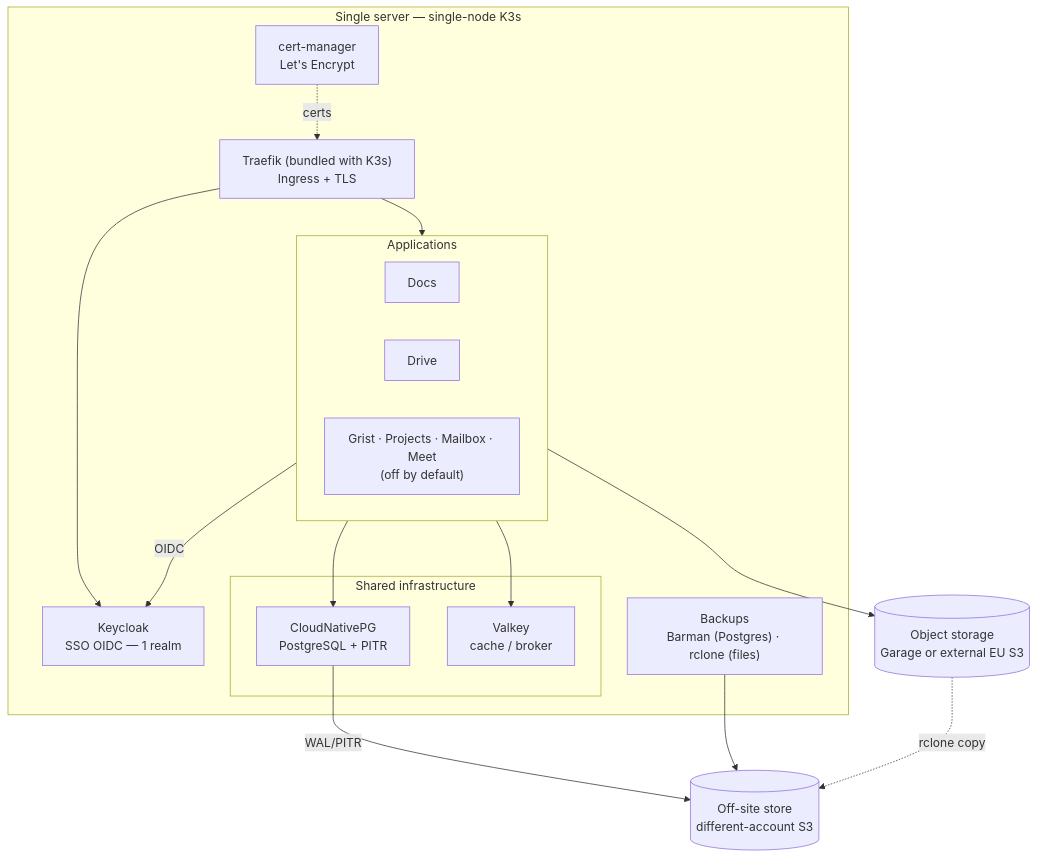
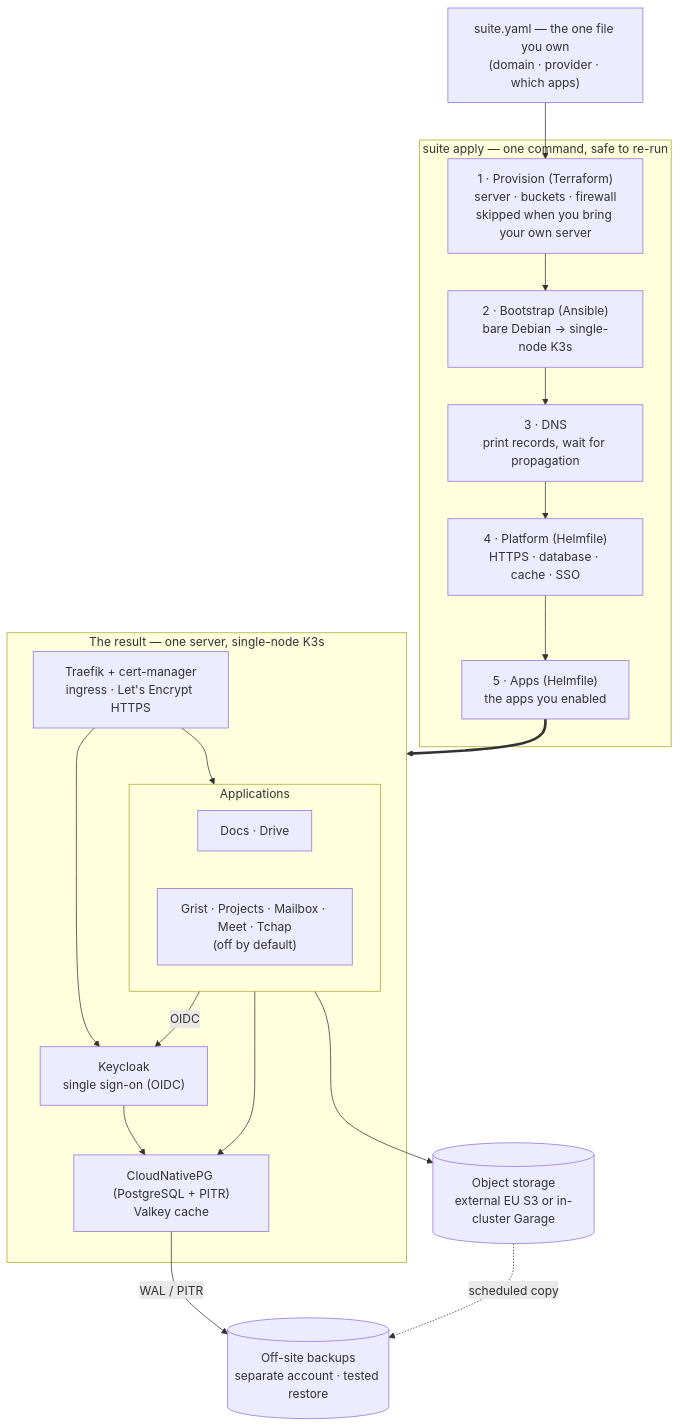
The diagram in docs/understand/overview.md (corentingiraud/ownsuite), drawn with Mermaid before and after one commit. The commit also changed other lines of this file and 10 other files, not shown here.

First line of the commit message:
docs(get-started): overhaul for the declarative suite apply flow (#91)

````diff
--- a/docs/understand/overview.md
+++ b/docs/understand/overview.md
@@ -11,31 +13,37 @@
 ```mermaid
 flowchart TB
-    subgraph server["Single server — single-node K3s"]
-        T["Traefik (bundled with K3s)\nIngress + TLS"]
-        CM["cert-manager\nLet's Encrypt"]
-        subgraph APPS["Applications"]
-            D["Docs"]
-            DR["Drive"]
-            OPT["Grist · Projects · Mailbox · Meet\n(off by default)"]
+    CFG["suite.yaml — the one file you own<br/>(domain · provider · which apps)"]
+
+    subgraph APPLY["suite apply — one command, safe to re-run"]
+        P1["1 · Provision (Terraform)<br/>server · buckets · firewall<br/>skipped when you bring your own server"]
+        P2["2 · Bootstrap (Ansible)<br/>bare Debian → single-node K3s"]
+        P3["3 · DNS<br/>print records, wait for propagation"]
+        P4["4 · Platform (Helmfile)<br/>HTTPS · database · cache · SSO"]
+        P5["5 · Apps (Helmfile)<br/>the apps you enabled"]
+        P1 --> P2 --> P3 --> P4 --> P5
+    end
+
+    subgraph SERVER["The result — one server, single-node K3s"]
+        T["Traefik + cert-manager<br/>ingress · Let's Encrypt HTTPS"]
+        KC["Keycloak<br/>single sign-on (OIDC)"]
+        subgraph APPS2["Applications"]
+            AD["Docs · Drive"]
+            OPT["Grist · Projects · Mailbox · Meet · Tchap<br/>(off by default)"]
         end
-        KC["Keycloak\nSSO OIDC — 1 realm"]
-        subgraph INFRA["Shared infrastructure"]
-            PG["CloudNativePG\nPostgreSQL + PITR"]
-            VK["Valkey\ncache / broker"]
-        end
-        BK["Backups\nBarman (Postgres) · rclone (files)"]
+        INFRA["CloudNativePG (PostgreSQL + PITR)<br/>Valkey cache"]
+        T --> APPS2
+        T --> KC
+        APPS2 -- OIDC --> KC
+        APPS2 --> INFRA
+        KC --> INFRA
     end
-    S3[("Object storage\nGarage  or  external EU S3")]
-    OFF[("Off-site store\ndifferent-account S3")]
 
-    T --> APPS
-    T --> KC
-    CM -. certs .-> T
-    APPS -- OIDC --> KC
-    APPS --> PG
-    APPS --> VK
-    APPS --> S3
-    PG -- WAL/PITR --> OFF
-    S3 -. rclone copy .-> OFF
-    BK --> OFF
+    S3[("Object storage<br/>external EU S3 or in-cluster Garage")]
+    OFF[("Off-site backups<br/>separate account · tested restore")]
+
+    CFG --> P1
+    P5 ==> SERVER
+    APPS2 --> S3
+    INFRA -- WAL / PITR --> OFF
+    S3 -. scheduled copy .-> OFF
 ```
````
